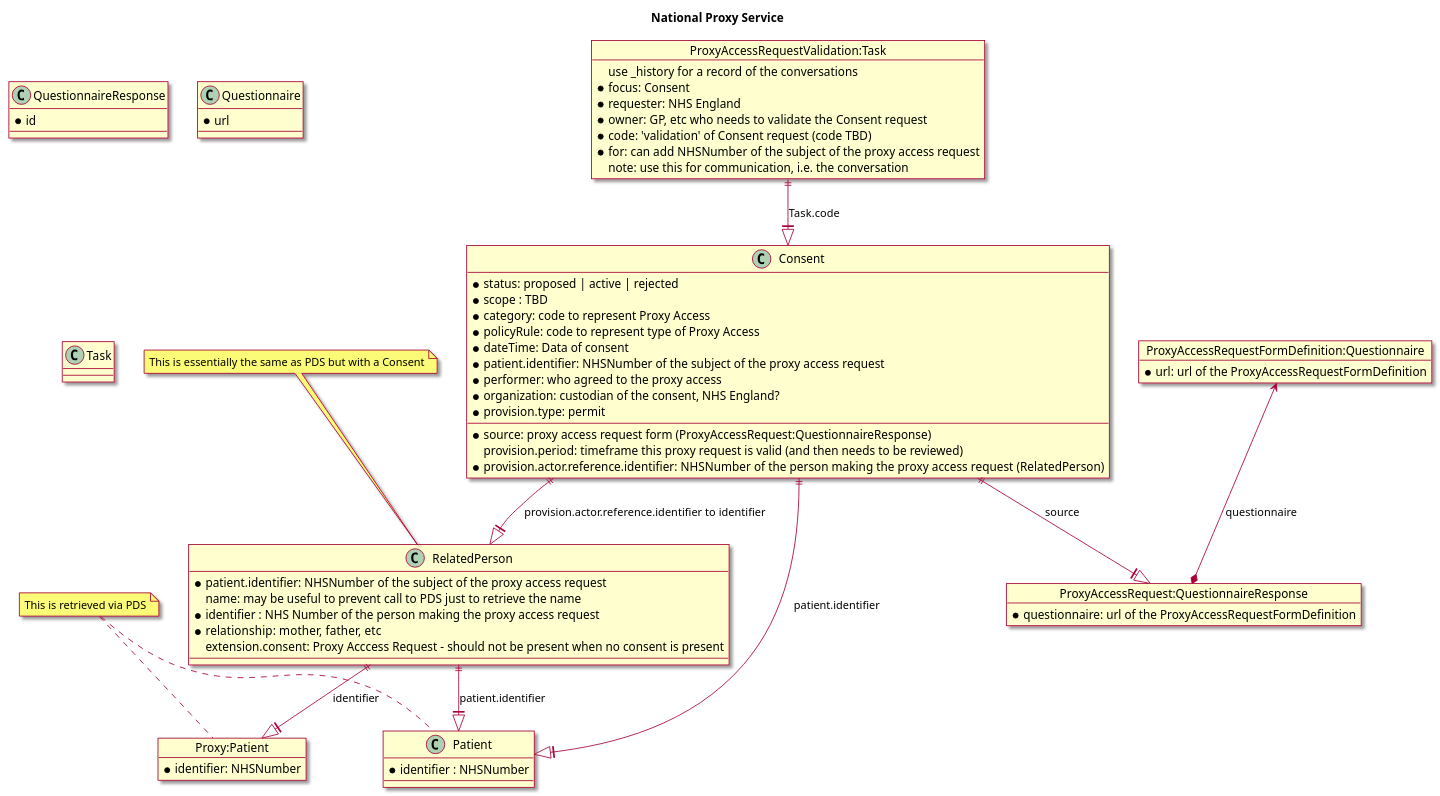
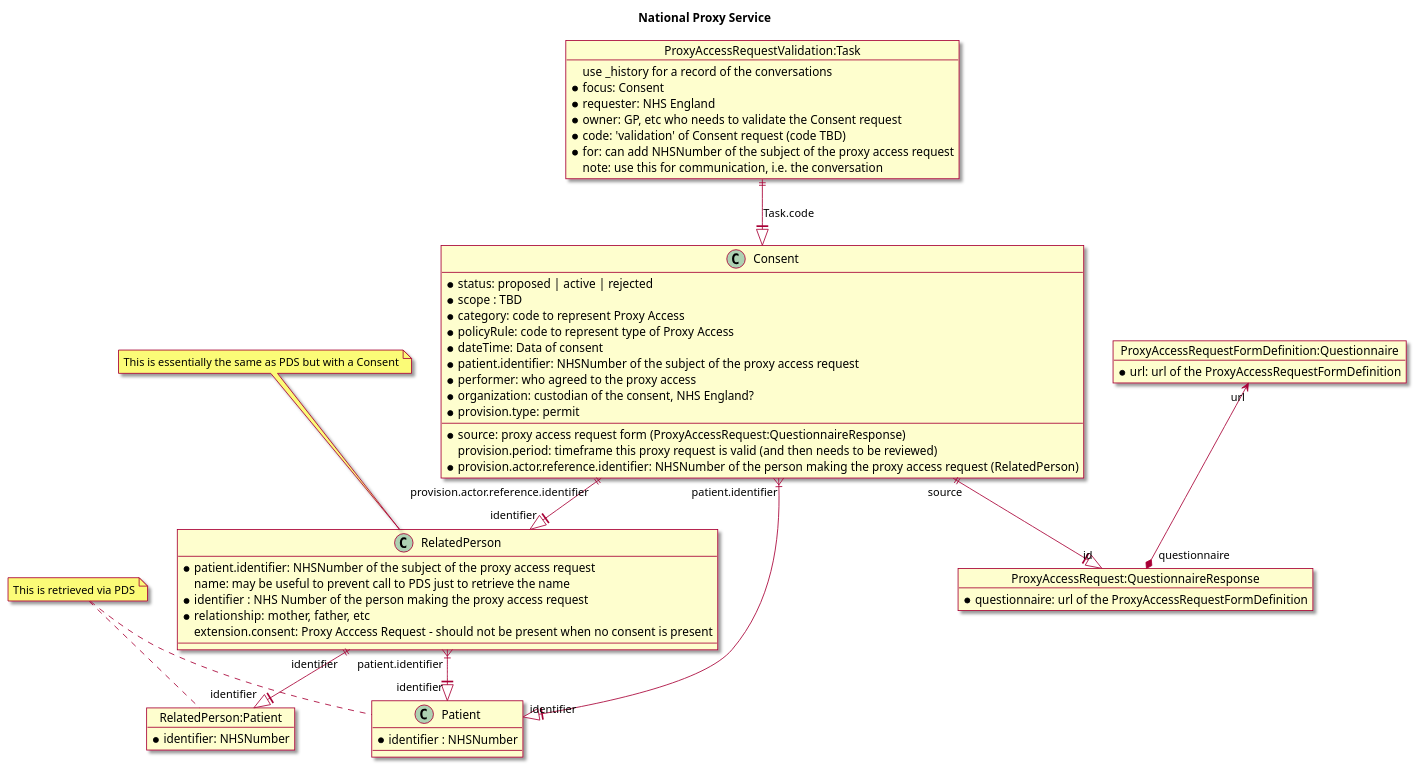
The diagram in input/images-source/national-proxy-service-relationship.plantuml (NHSDigital/interoperability-standards-documentation), drawn with PlantUML before and after one commit. The commit also changed 3 other files, not shown here.

```diff
--- a/input/images-source/national-proxy-service-relationship.plantuml
+++ b/input/images-source/national-proxy-service-relationship.plantuml
@@ -1,86 +1,75 @@
 @startuml
 
 skin rose
 
 title National Proxy Service
 
 class Consent {
   * status: proposed | active | rejected
   * scope : TBD
   * category: code to represent Proxy Access
   * policyRule: code to represent type of Proxy Access
   * dateTime: Data of consent
   * patient.identifier: NHSNumber of the subject of the proxy access request
   * performer: who agreed to the proxy access
   * organization: custodian of the consent, NHS England?
   * source: proxy access request form (ProxyAccessRequest:QuestionnaireResponse)
   * provision.type: permit
   provision.period: timeframe this proxy request is valid (and then needs to be reviewed)
   * provision.actor.reference.identifier: NHSNumber of the person making the proxy access request (RelatedPerson)
 }
 
 class RelatedPerson {
   * patient.identifier: NHSNumber of the subject of the proxy access request
   name: may be useful to prevent call to PDS just to retrieve the name
   * identifier : NHS Number of the person making the proxy access request
   * relationship: mother, father, etc
   extension.consent: Proxy Acccess Request - should not be present when no consent is present
 }
 
 class Patient {
   * identifier : NHSNumber
 }
 
-class QuestionnaireResponse {
-  * id
+object "RelatedPerson:Patient" as p1 {
+  * identifier: NHSNumber
 }
 
-class Questionnaire {
-  * url
-}
-
-class Task {
-
-}
 
 object "ProxyAccessRequestValidation:Task" as task1 {
     use _history for a record of the conversations
     * focus: Consent
     * requester: NHS England
     * owner: GP, etc who needs to validate the Consent request
     * code: 'validation' of Consent request (code TBD)
     * for: can add NHSNumber of the subject of the proxy access request
     note: use this for communication, i.e. the conversation
 }
 
 object "ProxyAccessRequest:QuestionnaireResponse" as qr1 {
     * questionnaire: url of the ProxyAccessRequestFormDefinition
 }
 
 object "ProxyAccessRequestFormDefinition:Questionnaire" as q1 {
     * url: url of the ProxyAccessRequestFormDefinition
 }
 
-object "Proxy:Patient" as p1 {
-  * identifier: NHSNumber
-}
+Consent "provision.actor.reference.identifier" ||--||> "identifier" RelatedPerson
+Consent "patient.identifier" }|--||> "identifier" Patient
+Consent "source" ||--||> "id" qr1
 
-Consent ||--||> RelatedPerson: provision.actor.reference.identifier to identifier
-Consent ||--||> Patient: patient.identifier
-Consent ||--||> qr1: source
+RelatedPerson "identifier" ||--||> "identifier" p1
+RelatedPerson "patient.identifier" }|--||> "identifier" Patient
 
-RelatedPerson ||--||> p1: identifier
-RelatedPerson ||--||> Patient: patient.identifier
-
-q1 <--* qr1: questionnaire
+q1 "url"  <--* "questionnaire" qr1
 
 task1 ||--||> Consent: Task.code
 
 note "This is essentially the same as PDS but with a Consent" as PDSOverlap
 note "This is retrieved via PDS" as PDS
 
 PDS .. Patient
 PDS .. p1
 PDSOverlap .. RelatedPerson
 
 @enduml
```
